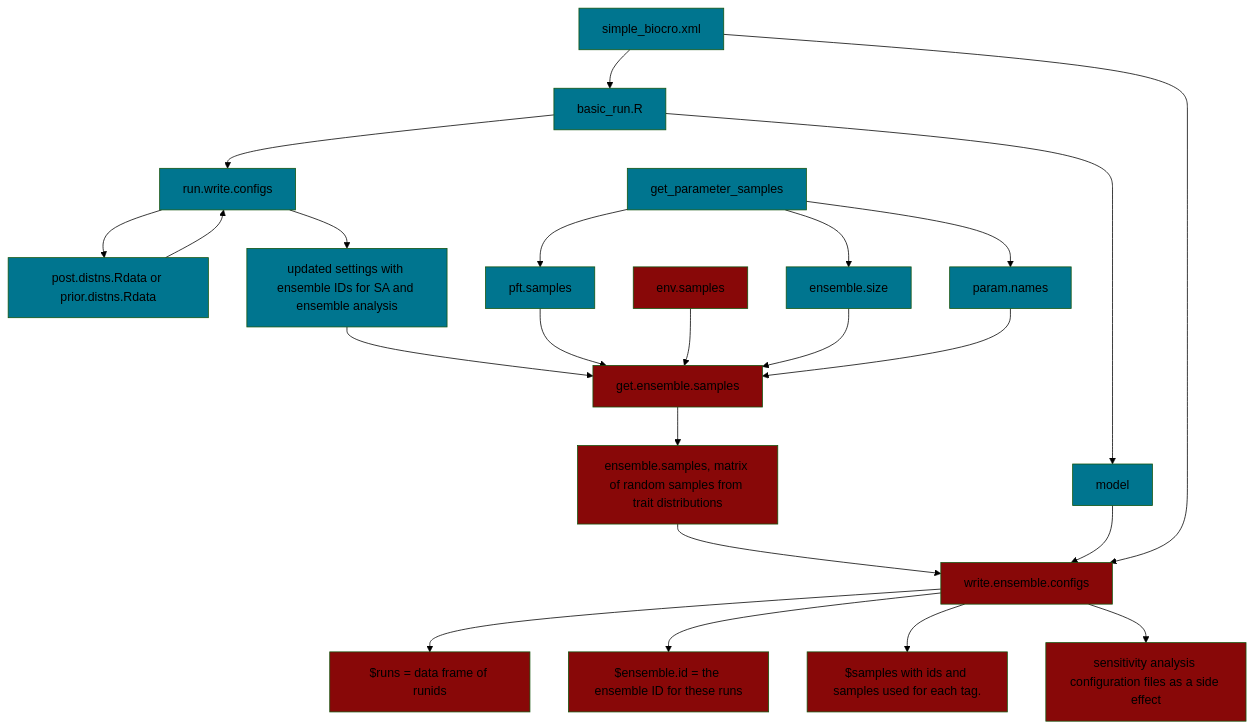
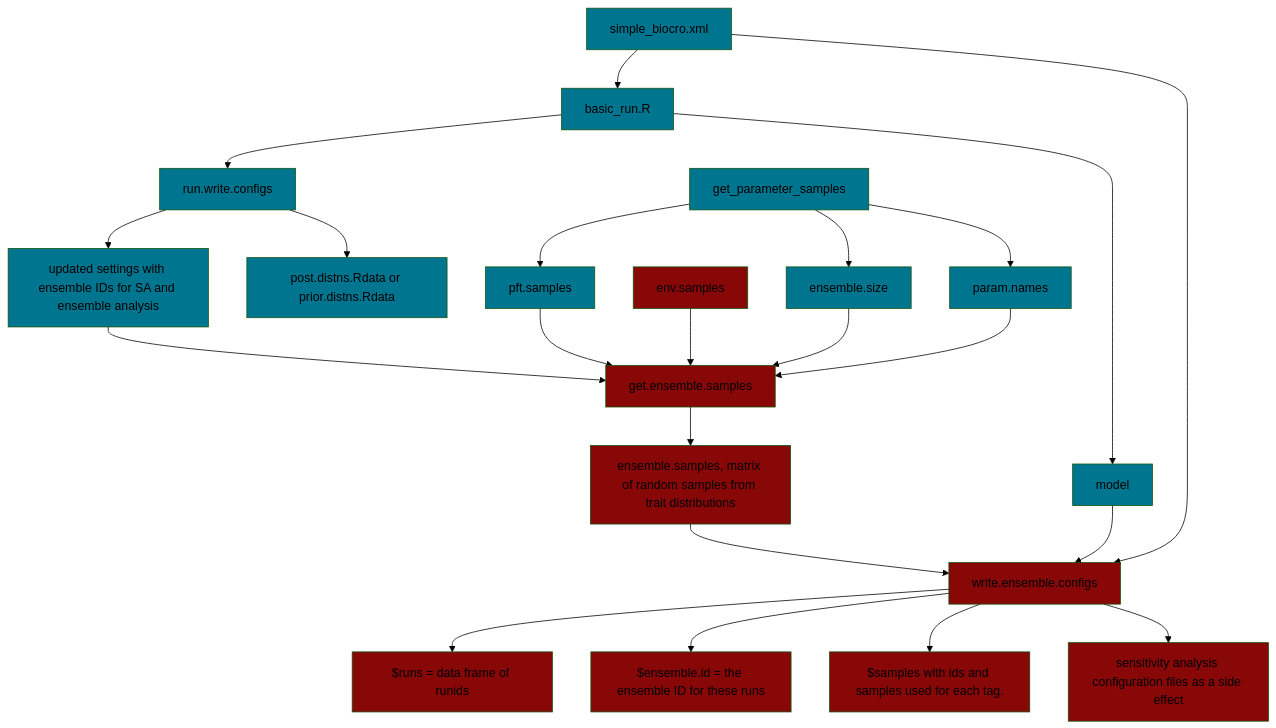
One commit to ecamo19/gsoc_project_2022_vm changed the diagram in README.md. Above: the diagram before and after it, drawn with Mermaid (forest theme).

````diff
--- a/README.md
+++ b/README.md
@@ -47,61 +47,61 @@
 ```mermaid
   graph TD;
       
       simple_biocro.xml-->basic_run.R;
       
       basic_run.R-->run.write.configs;
       
       basic_run.R-->model;
       
-      posterior.files[post.distns.Rdata or prior.distns.Rdata]-->run.write.configs;
+      
       run.write.configs-->output_1[updated settings with ensemble IDs for SA and ensemble analysis ];
       run.write.configs-->posterior.files[post.distns.Rdata or prior.distns.Rdata];
       output_1[updated settings with ensemble IDs for SA and ensemble analysis]-->get.ensemble.samples;
       
       input_get_ensemble_1[pft.samples]-->get.ensemble.samples;
       input_get_ensemble_2[env.samples]-->get.ensemble.samples;
       input_get_ensemble_3[ensemble.size]-->get.ensemble.samples;
       input_get_ensemble_4[param.names]-->get.ensemble.samples;
       
       get_parameter_samples-->input_get_ensemble_1[pft.samples];  
       get_parameter_samples-->input_get_ensemble_3[ensemble.size];
       get_parameter_samples-->input_get_ensemble_4[param.names];
       
       get.ensemble.samples-->output_get_ensemble[ensemble.samples, matrix of random samples from trait distributions];
       
       output_get_ensemble[ensemble.samples, matrix of random samples from trait distributions]-->write.ensemble.configs;
       model-->write.ensemble.configs;
       simple_biocro.xml-->write.ensemble.configs;
       
       write.ensemble.configs-->output_write_ensemble_1[$runs = data frame of runids];
       write.ensemble.configs-->output_write_ensemble_2[$ensemble.id = the ensemble ID for these runs];
       write.ensemble.configs-->output_write_ensemble_3[$samples with ids and samples used for each tag.];
       write.ensemble.configs-->output_write_ensemble_4[sensitivity analysis configuration files as a side effect];
       
       %% Blue color boxes
       
       style get_parameter_samples fill:#00758f
       style basic_run.R fill:#00758f
       style output_1 fill:#00758f
       style run.write.configs fill:#00758f
       style simple_biocro.xml fill:#00758f
       style posterior.files fill:#00758f
       style input_get_ensemble_1 fill:#00758f
       
       style input_get_ensemble_3 fill:#00758f
       style input_get_ensemble_4 fill:#00758f
       style model fill:#00758f 
       
       %% Red color boxes  
       
       style input_get_ensemble_2 fill:#880808
       style get.ensemble.samples fill:#880808
       style output_get_ensemble  fill:#880808 
       
       style write.ensemble.configs fill:#880808
       style output_write_ensemble_1 fill:#880808
       style output_write_ensemble_2 fill:#880808
       style output_write_ensemble_3 fill:#880808
       style output_write_ensemble_4 fill:#880808
       
 ```
````
